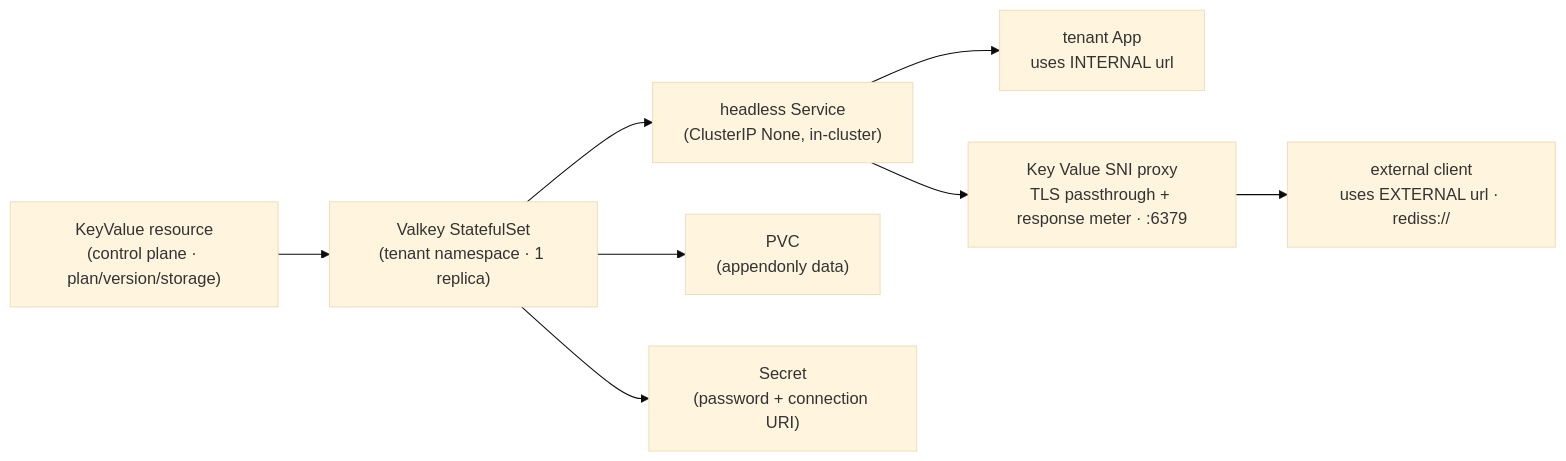
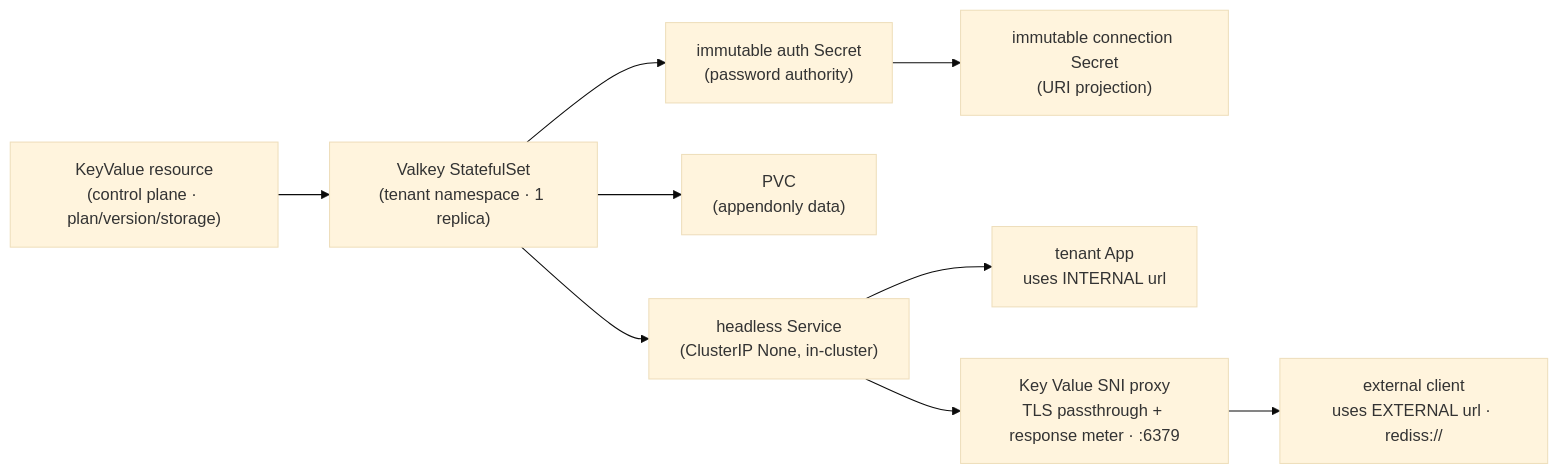
The diagram in docs/ADR021-keyvalue-management.md (cuckoo-network/cuckoo), drawn with Mermaid (base theme) before and after one commit. The commit also changed other lines of this file and 58 other files, not shown here.

````diff
--- a/docs/ADR021-keyvalue-management.md
+++ b/docs/ADR021-keyvalue-management.md
@@ -15,10 +15,11 @@
 ```mermaid
 flowchart LR
   kv["KeyValue resource<br/>(control plane · plan/version/storage)"] --> sts["Valkey StatefulSet<br/>(tenant namespace · 1 replica)"]
   sts --> svc["headless Service<br/>(ClusterIP None, in-cluster)"]
   sts --> pvc["PVC<br/>(appendonly data)"]
-  sts --> sec["Secret<br/>(password + connection URI)"]
+  sts --> auth["immutable auth Secret<br/>(password authority)"]
+  auth --> sec["immutable connection Secret<br/>(URI projection)"]
   svc --> appx["tenant App<br/>uses INTERNAL url"]
   svc --> tcp["Key Value SNI proxy<br/>TLS passthrough + response meter · :6379"]
   tcp --> ext["external client<br/>uses EXTERNAL url · rediss://"]
 ```
````
